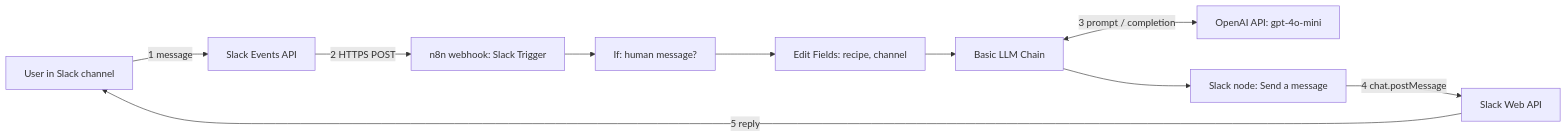
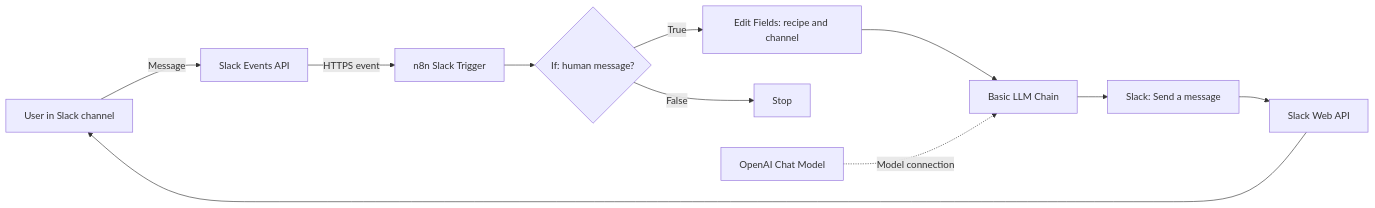
Before and after one commit to ksmurari1/n8n-slack-recipe-bot: the first of 2 diagrams in docs/07-slack-recipe-bot-architecture.md, drawn with Mermaid. The commit also changed other lines of this file and 7 other files, not shown here.

````diff
--- a/docs/07-slack-recipe-bot-architecture.md
+++ b/docs/07-slack-recipe-bot-architecture.md
@@ -11,12 +9,13 @@
 ```mermaid
 flowchart LR
-    U[User in Slack channel] -->|1 message| E[Slack Events API]
-    E -->|2 HTTPS POST| W[n8n webhook: Slack Trigger]
-    W --> F[If: human message?]
-    F --> M[Edit Fields: recipe, channel]
+    U[User in Slack channel] -->|Message| E[Slack Events API]
+    E -->|HTTPS event| W[n8n Slack Trigger]
+    W --> F{If: human message?}
+    F -->|True| M[Edit Fields: recipe and channel]
+    F -->|False| X[Stop]
     M --> C[Basic LLM Chain]
-    C <-->|3 prompt / completion| O[OpenAI API: gpt-4o-mini]
-    C --> S[Slack node: Send a message]
-    S -->|4 chat.postMessage| A[Slack Web API]
-    A -->|5 reply| U
+    O[OpenAI Chat Model] -. Model connection .-> C
+    C --> S[Slack: Send a message]
+    S --> A[Slack Web API]
+    A --> U
 ```
````
